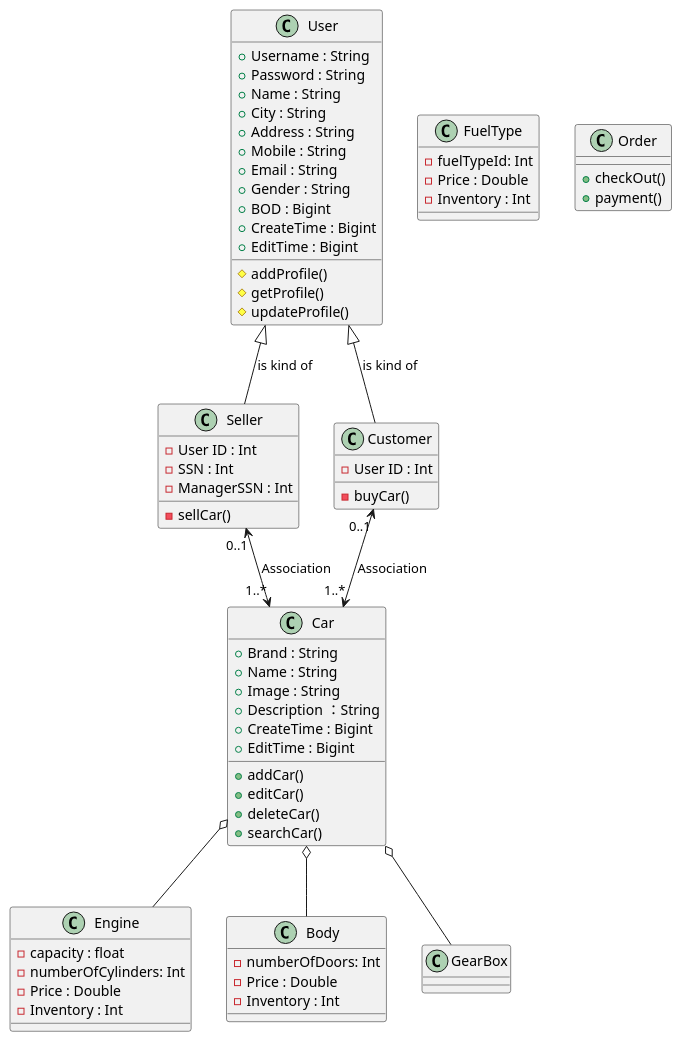
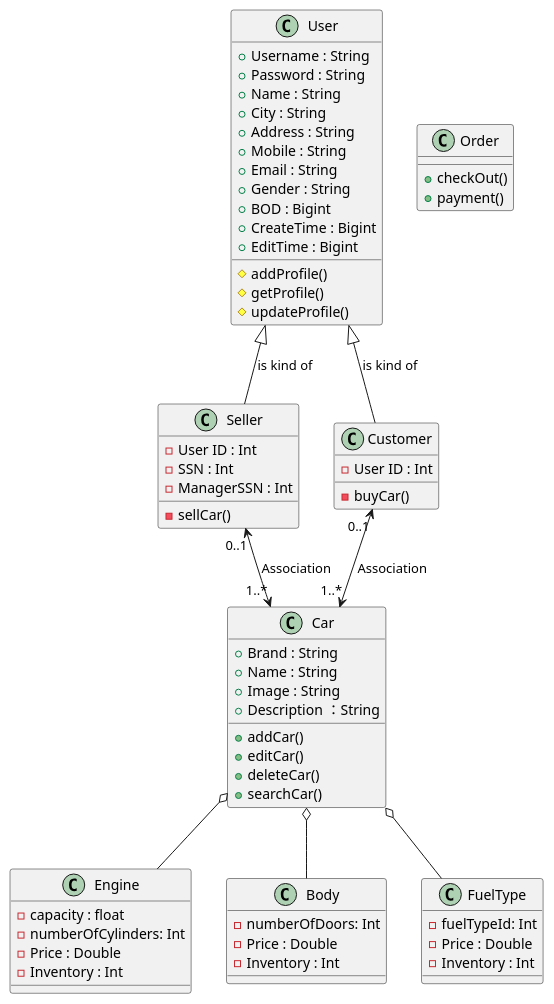
The diagram in uml/CarSaleSystem.puml (Caisen1988/phpunit), drawn with PlantUML before and after one commit.

Commit message:
change to car order system

```diff
--- a/uml/CarSaleSystem.puml
+++ b/uml/CarSaleSystem.puml
@@ -1,75 +1,73 @@
 @startuml
  class Car {
   + Brand : String
   + Name : String
   + Image : String
   + Description ：String
-  + CreateTime : Bigint
-  + EditTime : Bigint
   + addCar()
   + editCar()
   + deleteCar()
   + searchCar()
  }
 
  class Engine{
   - capacity : float
   - numberOfCylinders: Int
   - Price : Double
   - Inventory : Int
  }
  class Body{
   - numberOfDoors: Int
   - Price : Double
   - Inventory : Int
  }
  class FuelType{
   - fuelTypeId: Int
   - Price : Double
   - Inventory : Int
  }
 
  class User {
   + Username : String
   + Password : String
   + Name : String
   + City : String
   + Address : String
   + Mobile : String
   + Email : String
   + Gender : String
   + BOD : Bigint
   + CreateTime : Bigint
   + EditTime : Bigint
   # addProfile()
   # getProfile()
   # updateProfile()
  }
 
  class Seller{
     - User ID : Int
     - SSN : Int
     - ManagerSSN : Int
     - sellCar()
  }
 
  class Customer{
     - User ID : Int
     - buyCar()
  }
 
  class Order{
     +checkOut()
     +payment()
  }
 
 
  User <|-- Seller : is kind of
  User <|-- Customer : is kind of
  Seller    "0..1"<-->"1..*" Car : Association
  Customer  "0..1"<-->"1..*" Car : Association
  Car o-- Engine
  Car o-- Body
- Car o-- GearBox
+ Car o-- FuelType
 
 @enduml
```
